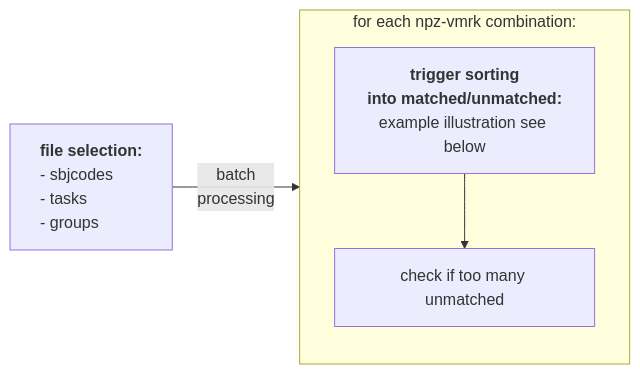
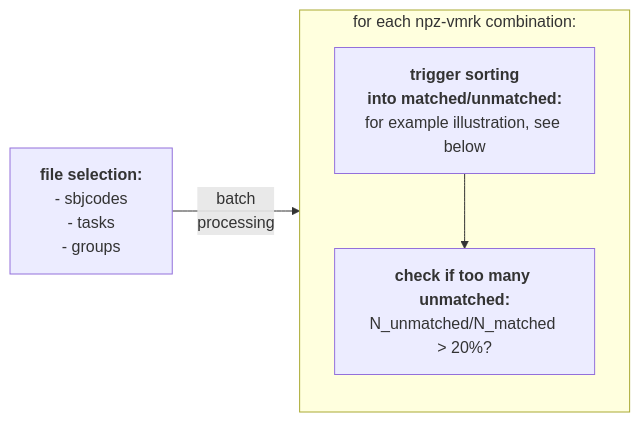
The diagram in README.md (neuro-dream/Trigger-Fix), drawn with Mermaid before and after one commit.

````diff
--- a/README.md
+++ b/README.md
@@ -6,19 +6,19 @@
 ```mermaid
 
 %% (function: <a href='https://github.com/neurodream/Trigger-Fix/blob/main/trigfix/trigger_compare_functions.py#L92'>apply_fix</a>)
 
 graph LR;
-    A["<b>file selection:</b><br> <p align="left">- sbjcodes<br> - tasks<br> - groups</p>"]
-    B["<b>trigger sorting<br>into matched/unmatched:</b><br>example illustration see below"]
-    C["check if too many unmatched"]
+    A["<b>file selection:</b><br>- sbjcodes<br> - tasks<br> - groups"]
+    B["<b>trigger sorting<br>into matched/unmatched:</b><br>for example illustration, see below"]
+    C["<b>check if too many unmatched:</b><br>N_unmatched/N_matched > 20%?"]
 
 subgraph for_each_file_comb["for each npz-vmrk combination:"]
     direction TB
     B-->C;
 end
 
     A--"batch <br>processing"-->for_each_file_comb;
     %% A-->C;
     %% B-->D;
     %% C-->D;
 ```
````
